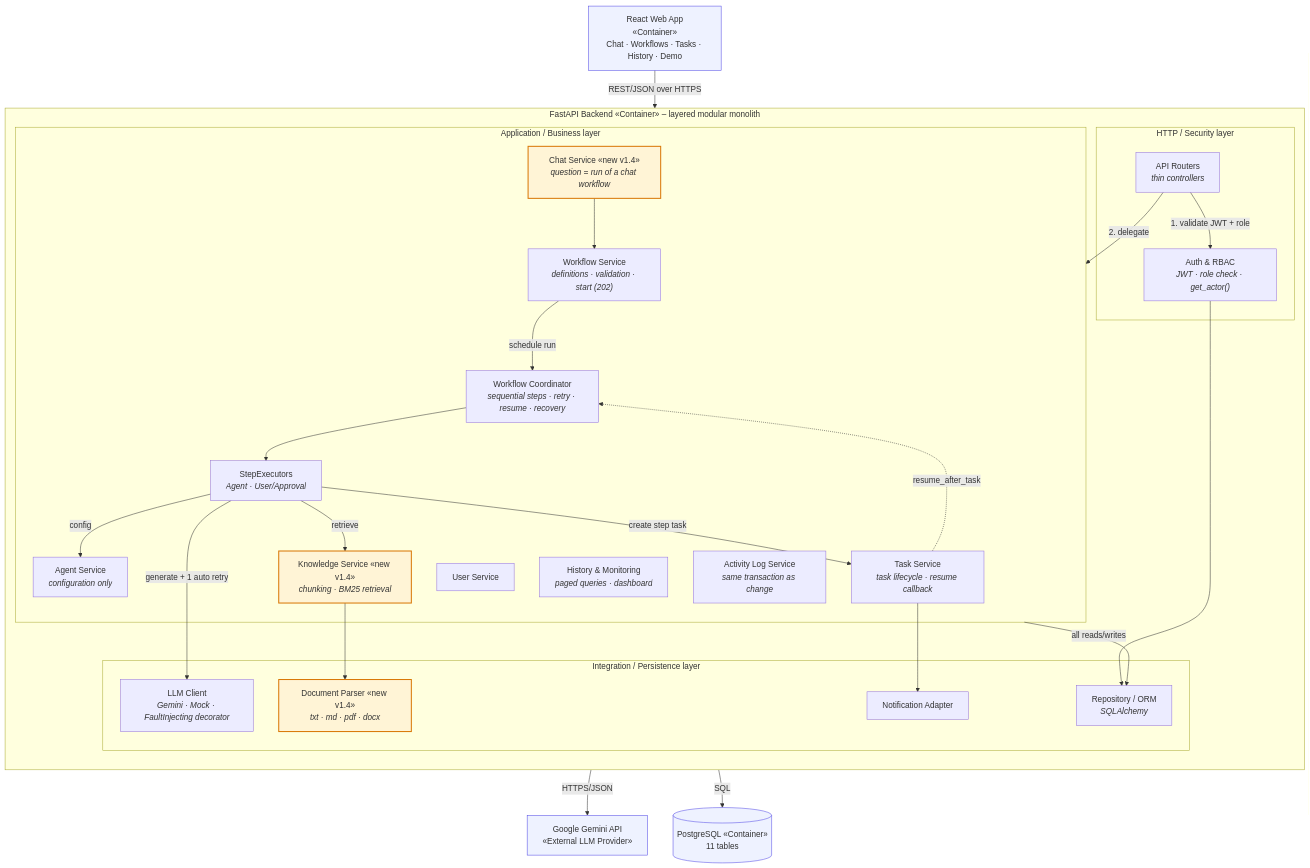
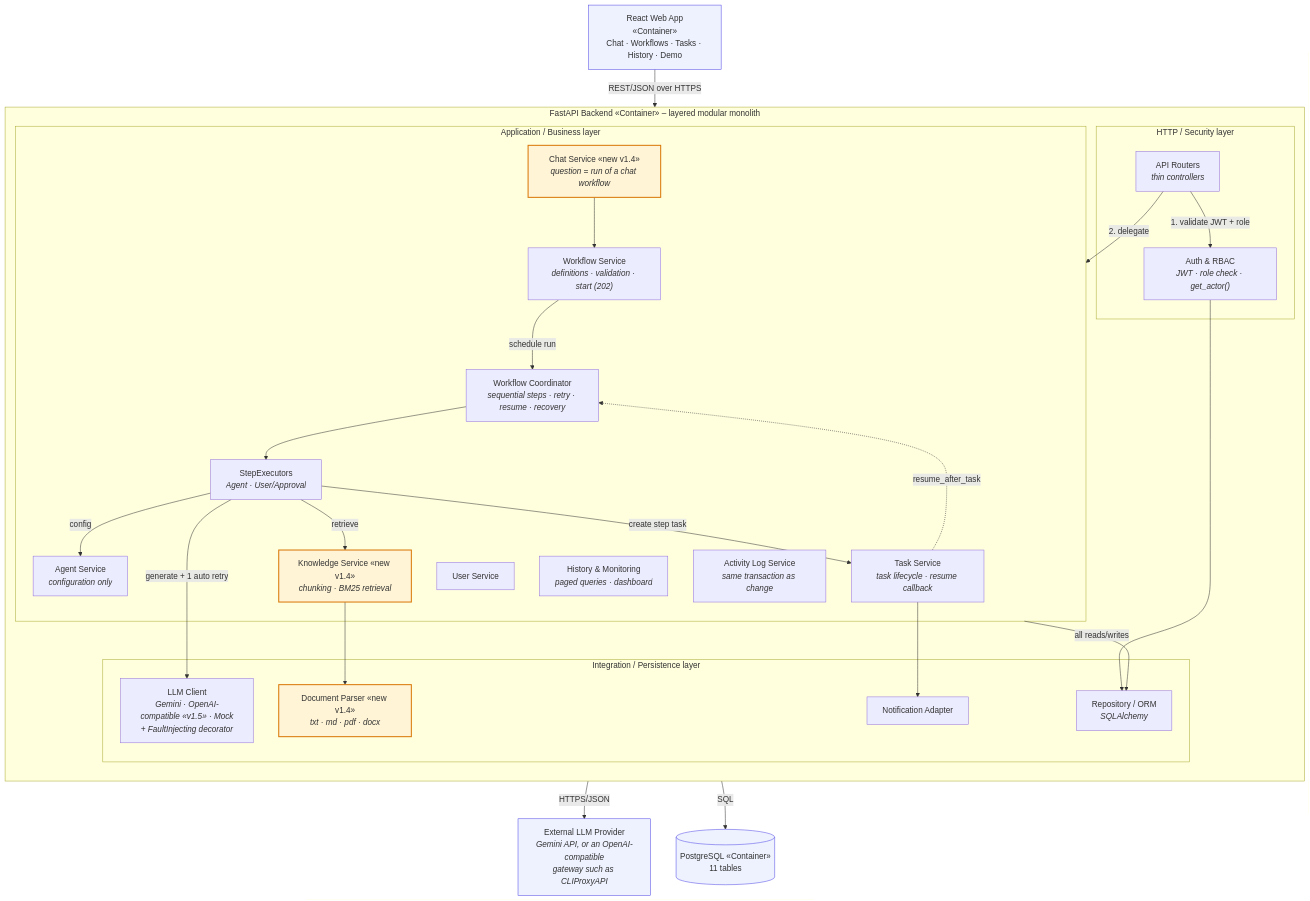
One commit to Minhhai3105/Multi-Agent-AI changed the diagram in docs/diagrams/fig17.mmd. Above: the diagram before and after it, drawn with Mermaid. The commit also changed 17 other files, not shown here.

First line of the commit message:
Add OpenAI-compatible LLM adapter (CLIProxyAPI) behind the LLM Client

```diff
--- a/docs/diagrams/fig17.mmd
+++ b/docs/diagrams/fig17.mmd
@@ -1,50 +1,50 @@
 flowchart TB
   web["React Web App<br/>«Container»<br/>Chat · Workflows · Tasks · History · Demo"]
   subgraph BE["FastAPI Backend «Container» – layered modular monolith"]
     direction TB
     subgraph L1["HTTP / Security layer"]
       routers["API Routers<br/><i>thin controllers</i>"]
       authz["Auth & RBAC<br/><i>JWT · role check · get_actor()</i>"]
     end
     subgraph L2["Application / Business layer"]
       wfs["Workflow Service<br/><i>definitions · validation · start (202)</i>"]
       coord["Workflow Coordinator<br/><i>sequential steps · retry · resume · recovery</i>"]
       exec["StepExecutors<br/><i>Agent · User/Approval</i>"]
       agent["Agent Service<br/><i>configuration only</i>"]
       know["Knowledge Service «new v1.4»<br/><i>chunking · BM25 retrieval</i>"]
       task["Task Service<br/><i>task lifecycle · resume callback</i>"]
       user["User Service"]
       hist["History & Monitoring<br/><i>paged queries · dashboard</i>"]
       chat["Chat Service «new v1.4»<br/><i>question = run of a chat workflow</i>"]
       audit["Activity Log Service<br/><i>same transaction as change</i>"]
     end
     subgraph L3["Integration / Persistence layer"]
-      llm["LLM Client<br/><i>Gemini · Mock · FaultInjecting decorator</i>"]
+      llm["LLM Client<br/><i>Gemini · OpenAI-compatible «v1.5» · Mock<br/>+ FaultInjecting decorator</i>"]
       parser["Document Parser «new v1.4»<br/><i>txt · md · pdf · docx</i>"]
       notif["Notification Adapter"]
       repo["Repository / ORM<br/><i>SQLAlchemy</i>"]
     end
   end
-  gemini["Google Gemini API<br/>«External LLM Provider»"]
+  gemini["External LLM Provider<br/><i>Gemini API, or an OpenAI-compatible<br/>gateway such as CLIProxyAPI</i>"]
   db[("PostgreSQL «Container»<br/>11 tables")]
   web -->|REST/JSON over HTTPS| routers
   routers -->|1. validate JWT + role| authz
   routers -->|2. delegate| L2
   chat --> wfs
   wfs -->|schedule run| coord
   coord --> exec
   exec -->|config| agent
   exec -->|retrieve| know
   exec -->|generate + 1 auto retry| llm
   exec -->|create step task| task
   task -. resume_after_task .-> coord
   know --> parser
   task --> notif
   L2 -->|all reads/writes| repo
   authz --> repo
   llm -->|HTTPS/JSON| gemini
   repo -->|SQL| db
   classDef new fill:#fff4d6,stroke:#d97706,stroke-width:2px;
   classDef ext fill:#eef2ff,stroke:#4f46e5;
   class know,chat,parser new;
   class gemini,db,web ext;
```
